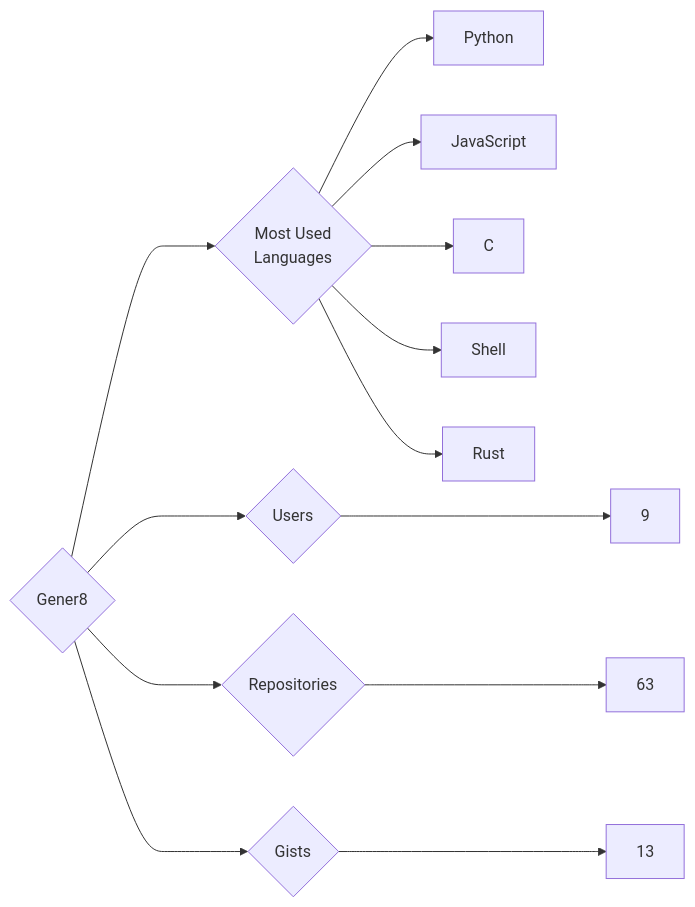
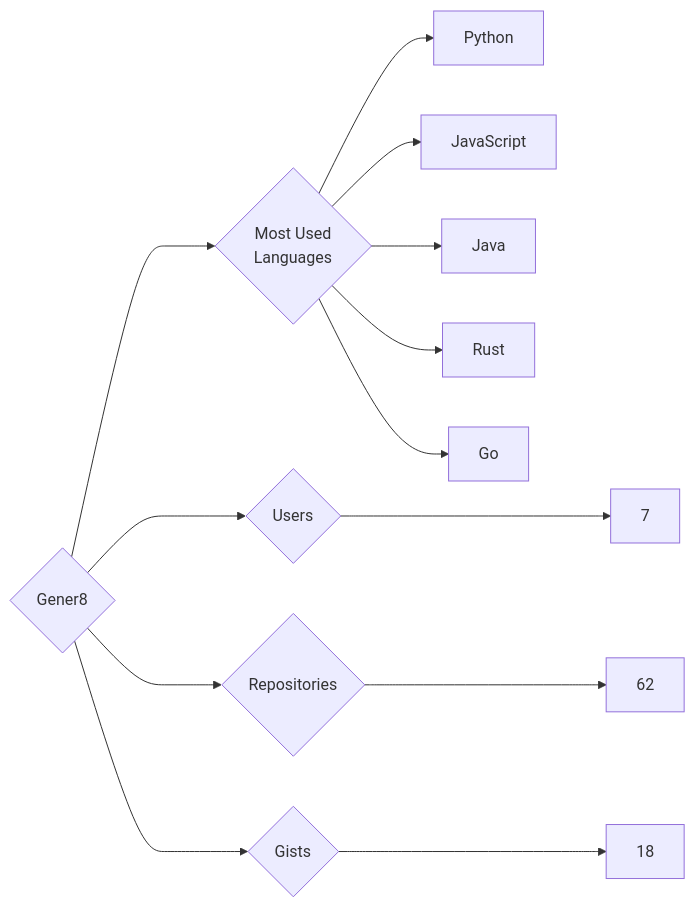
Before and after one commit to trickest/insiders: the diagram in targets/Gener8/README.md, drawn with Mermaid. The commit also changed 837 other files, not shown here.

````diff
--- a/targets/Gener8/README.md
+++ b/targets/Gener8/README.md
@@ -3,13 +3,13 @@
 ```mermaid
 graph LR
 COMPANY_NAME{Gener8}
-COMPANY_NAME ---> U{Users} ---> UN[9]
-COMPANY_NAME ---> R{Repositories} ---> RN[63]
-COMPANY_NAME ---> G{Gists} ---> GN[13]
+COMPANY_NAME ---> U{Users} ---> UN[7]
+COMPANY_NAME ---> R{Repositories} ---> RN[62]
+COMPANY_NAME ---> G{Gists} ---> GN[18]
 COMPANY_NAME ---> ML{Most Used<br>Languages}
 ML --> Python[Python]
 ML --> JavaScript[JavaScript]
-ML --> C[C]
-ML --> Shell[Shell]
+ML --> Java[Java]
 ML --> Rust[Rust]
+ML --> Go[Go]
 ```
````
